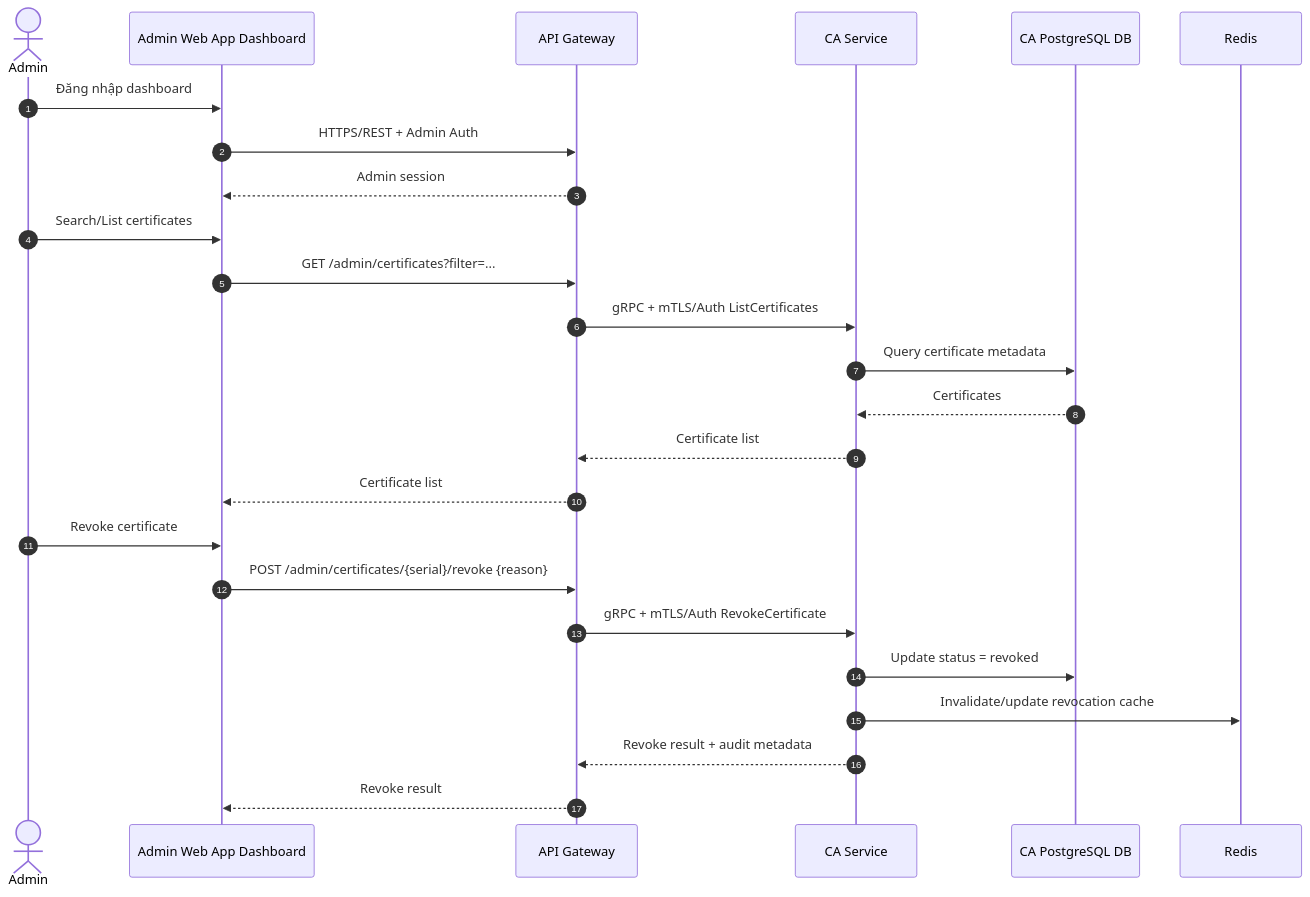
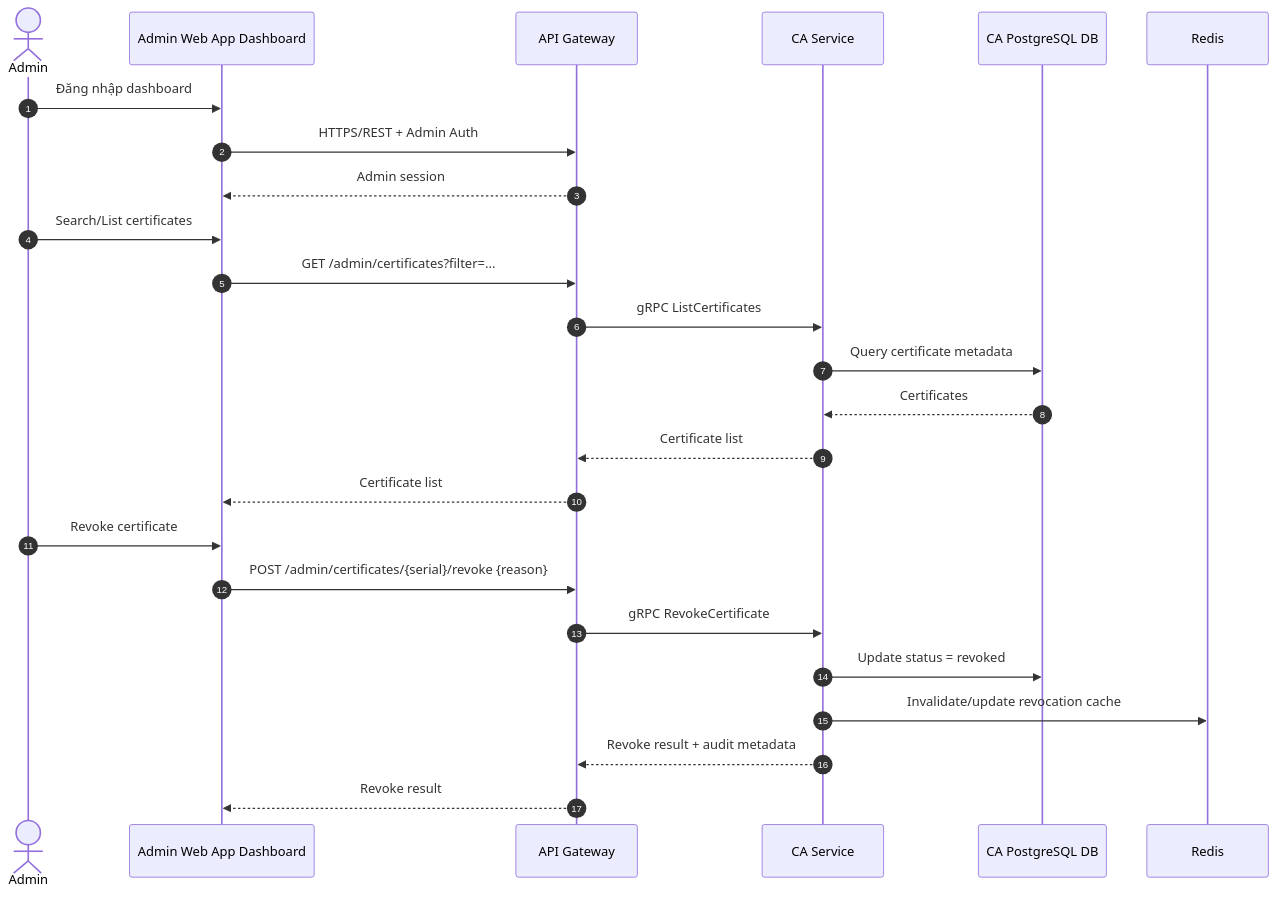
Before and after one commit to TNTT2305hcmus/mini-banking-app: the sixth of 6 diagrams in blueprint/design.md, drawn with Mermaid. The commit also changed other lines of this file and 23 other files, not shown here.

````diff
--- a/blueprint/design.md
+++ b/blueprint/design.md
@@ -473,30 +470,30 @@
 ```mermaid
 sequenceDiagram
     autonumber
     actor A as Admin
     participant Dash as Admin Web App Dashboard
     participant G as API Gateway
     participant CA as CA Service
     participant CADB as CA PostgreSQL DB
     participant R as Redis
 
     A->>Dash: Đăng nhập dashboard
     Dash->>G: HTTPS/REST + Admin Auth
     G-->>Dash: Admin session
 
     A->>Dash: Search/List certificates
     Dash->>G: GET /admin/certificates?filter=...
-    G->>CA: gRPC + mTLS/Auth ListCertificates
+    G->>CA: gRPC ListCertificates
     CA->>CADB: Query certificate metadata
     CADB-->>CA: Certificates
     CA-->>G: Certificate list
     G-->>Dash: Certificate list
 
     A->>Dash: Revoke certificate
     Dash->>G: POST /admin/certificates/{serial}/revoke {reason}
-    G->>CA: gRPC + mTLS/Auth RevokeCertificate
+    G->>CA: gRPC RevokeCertificate
     CA->>CADB: Update status = revoked
     CA->>R: Invalidate/update revocation cache
     CA-->>G: Revoke result + audit metadata
     G-->>Dash: Revoke result
 ```
````
